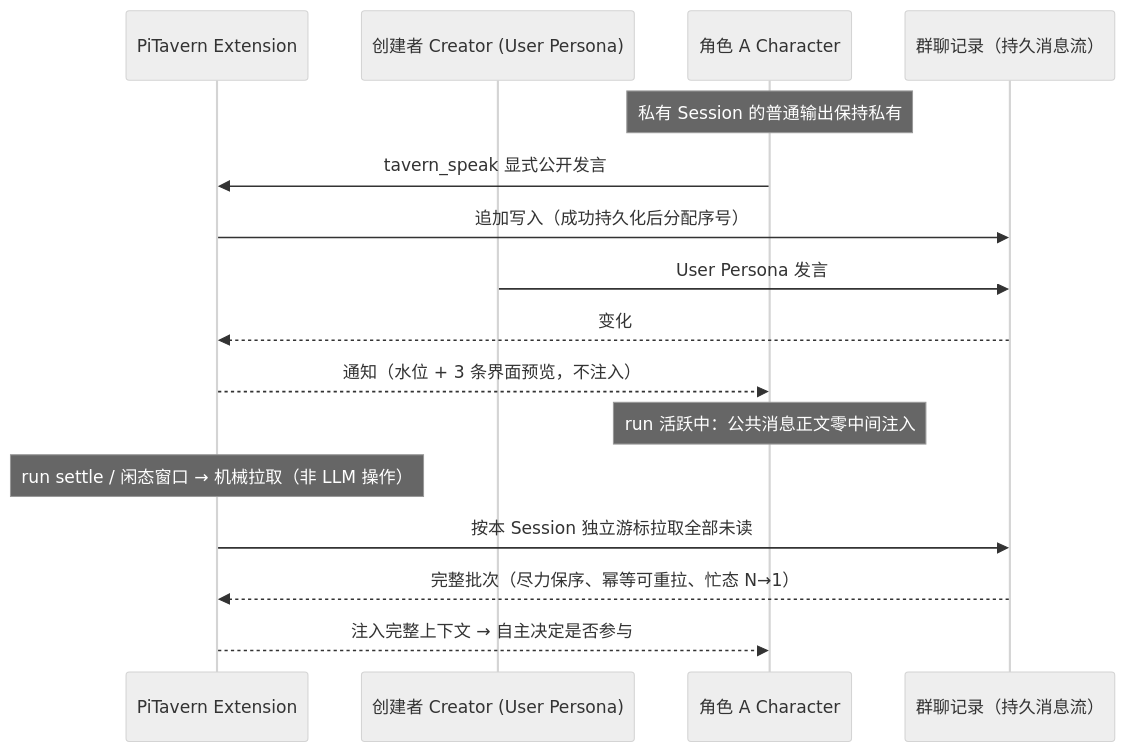
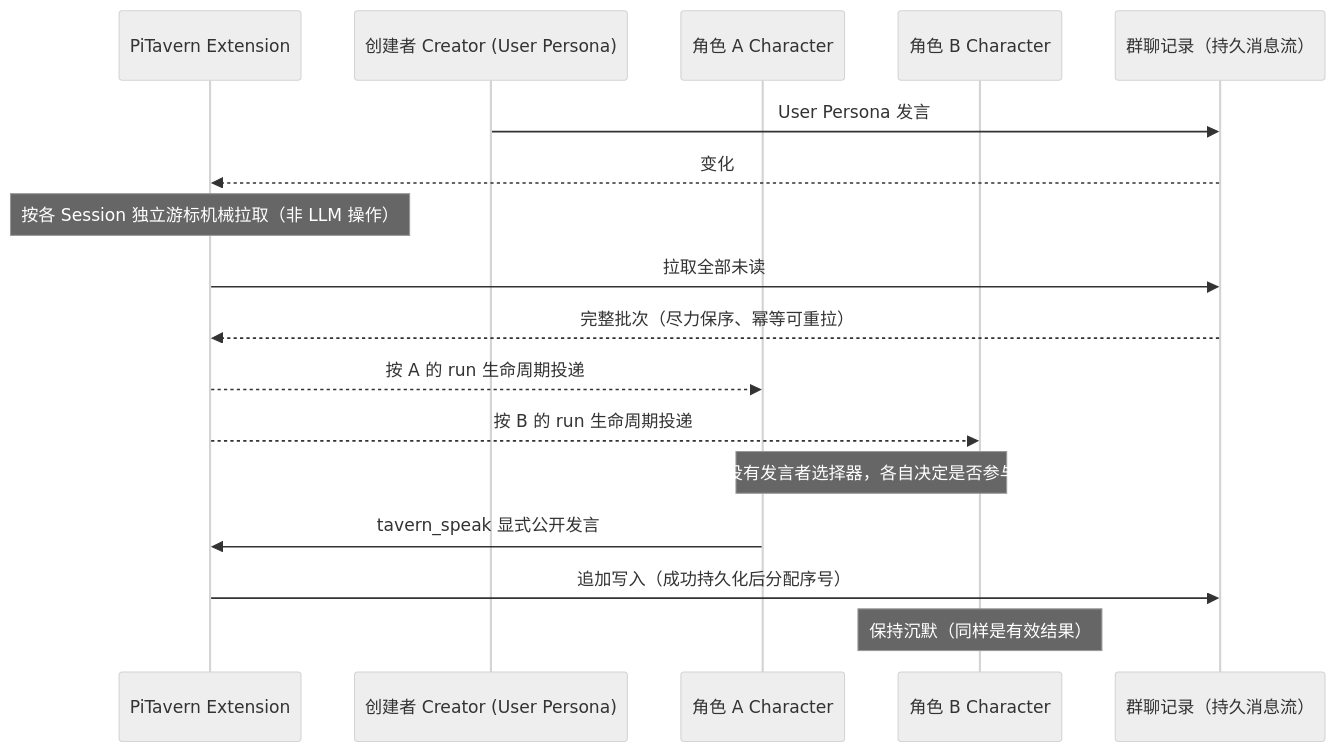
One commit to icylight/pi-tavern changed the first of 9 diagrams in README.md. Above: the diagram before and after it, drawn with Mermaid (neutral theme). The commit also changed other lines of this file and 31 other files, not shown here.

````diff
--- a/README.md
+++ b/README.md
@@ -25,19 +31,20 @@
 ```mermaid
 sequenceDiagram
     participant E as PiTavern Extension
     participant C as 创建者 Creator (User Persona)
     participant A as 角色 A Character
+    participant B as 角色 B Character
     participant S as 群聊记录（持久消息流）
 
-    Note over A: 私有 Session 的普通输出保持私有
+    C->>S: User Persona 发言
+    S-->>E: 变化
+    Note over E: 按各 Session 独立游标机械拉取（非 LLM 操作）
+    E->>S: 拉取全部未读
+    S-->>E: 完整批次（尽力保序、幂等可重拉）
+    E-->>A: 按 A 的 run 生命周期投递
+    E-->>B: 按 B 的 run 生命周期投递
+    Note over A,B: 没有发言者选择器，各自决定是否参与
     A->>E: tavern_speak 显式公开发言
     E->>S: 追加写入（成功持久化后分配序号）
-    C->>S: User Persona 发言
-    S-->>E: 变化
-    E-->>A: 通知（水位 + 3 条界面预览，不注入）
-    Note over A: run 活跃中：公共消息正文零中间注入
-    Note over E: run settle / 闲态窗口 → 机械拉取（非 LLM 操作）
-    E->>S: 按本 Session 独立游标拉取全部未读
-    S-->>E: 完整批次（尽力保序、幂等可重拉、忙态 N→1）
-    E-->>A: 注入完整上下文 → 自主决定是否参与
+    Note over B: 保持沉默（同样是有效结果）
 ```
````
